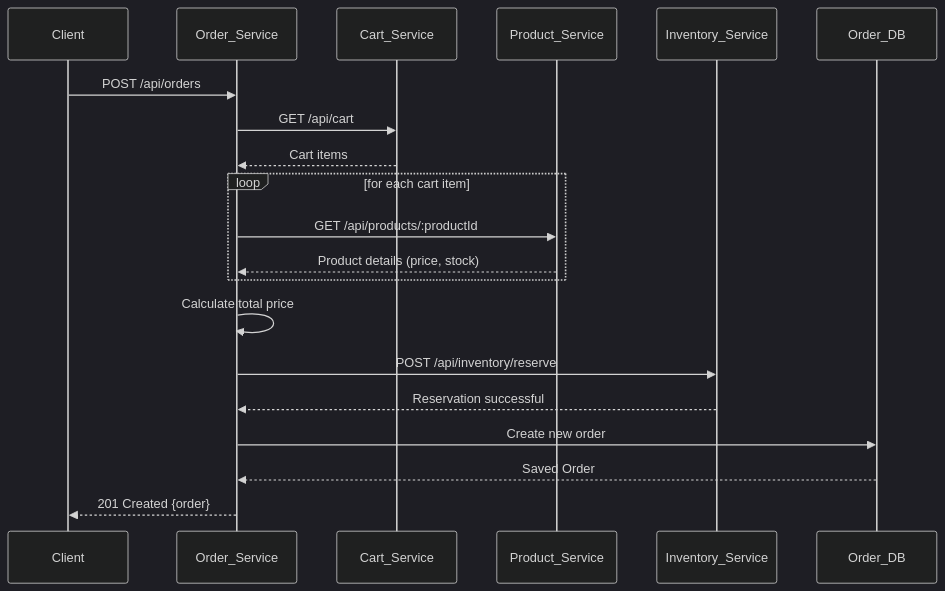
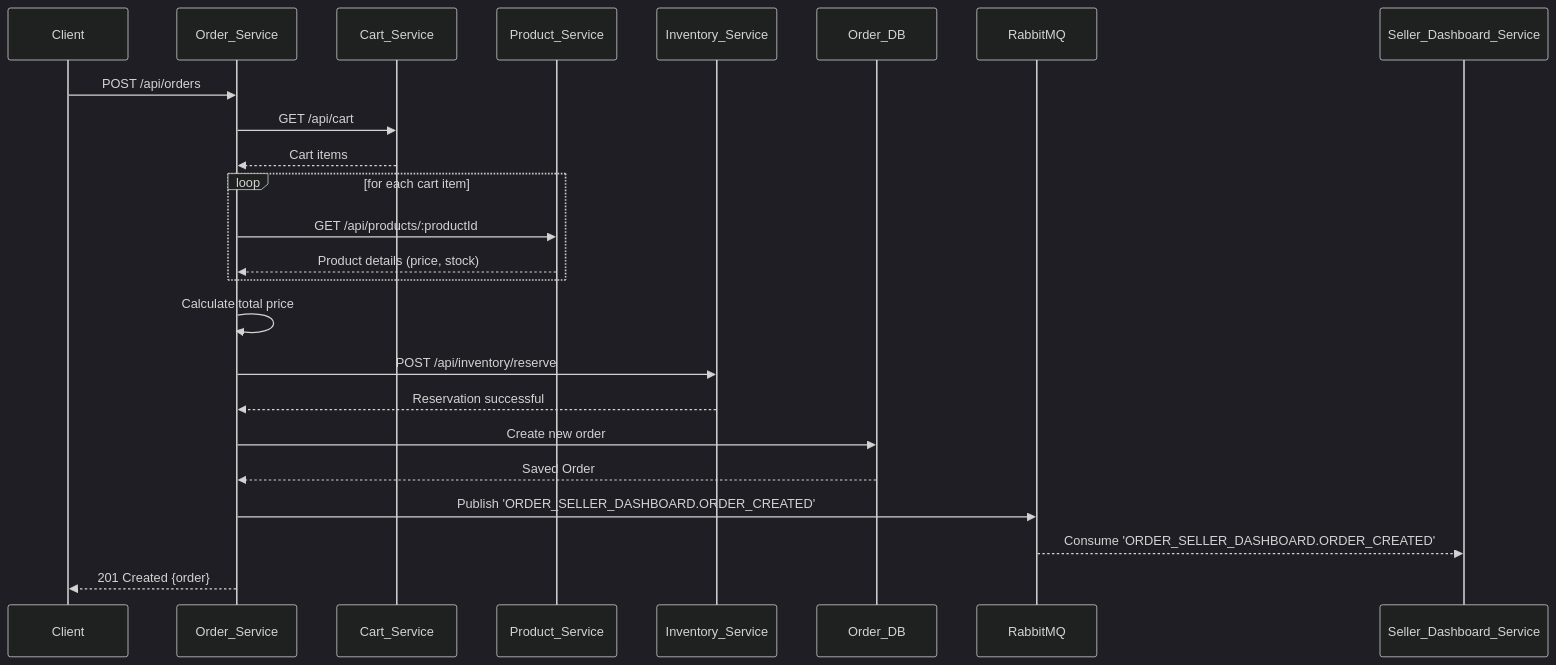
One commit to priyanshu-samal/microBazaar changed the fifth of 7 diagrams in README.md. Above: the diagram before and after it, drawn with Mermaid (dark theme). The commit also changed other lines of this file, not shown here.

````diff
--- a/README.md
+++ b/README.md
@@ -203,23 +227,29 @@
 ```mermaid
 sequenceDiagram
     participant Client
     participant Order_Service
     participant Cart_Service
     participant Product_Service
     participant Inventory_Service
     participant Order_DB
+    participant RabbitMQ
+    participant Seller_Dashboard_Service
 
     Client->>Order_Service: POST /api/orders
     Order_Service->>Cart_Service: GET /api/cart
     Cart_Service-->>Order_Service: Cart items
     loop for each cart item
         Order_Service->>Product_Service: GET /api/products/:productId
         Product_Service-->>Order_Service: Product details (price, stock)
     end
     Order_Service->>Order_Service: Calculate total price
     Order_Service->>Inventory_Service: POST /api/inventory/reserve
     Inventory_Service-->>Order_Service: Reservation successful
     Order_Service->>Order_DB: Create new order
     Order_DB-->>Order_Service: Saved Order
+    
+    Order_Service->>RabbitMQ: Publish 'ORDER_SELLER_DASHBOARD.ORDER_CREATED'
+    RabbitMQ-->>Seller_Dashboard_Service: Consume 'ORDER_SELLER_DASHBOARD.ORDER_CREATED'
+    
     Order_Service-->>Client: 201 Created {order}
 ```
````
